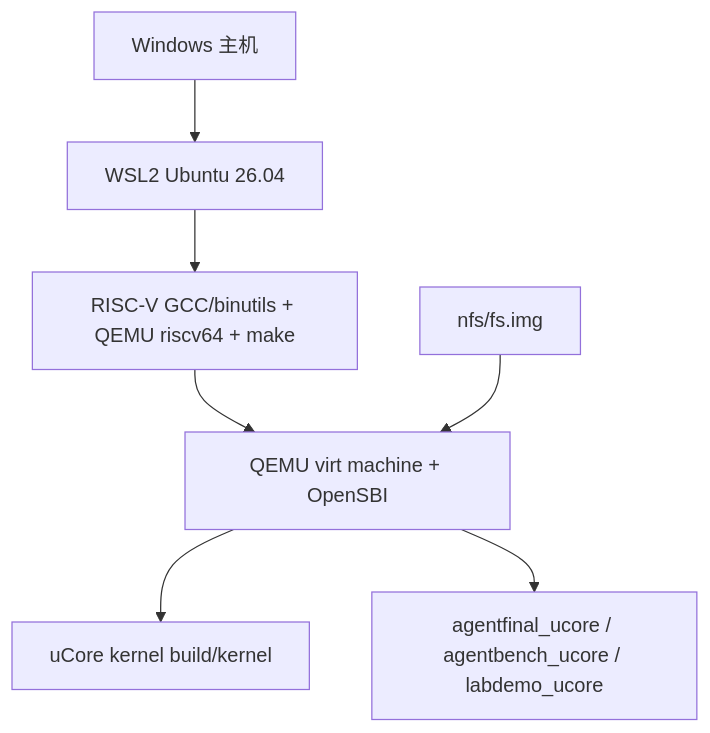
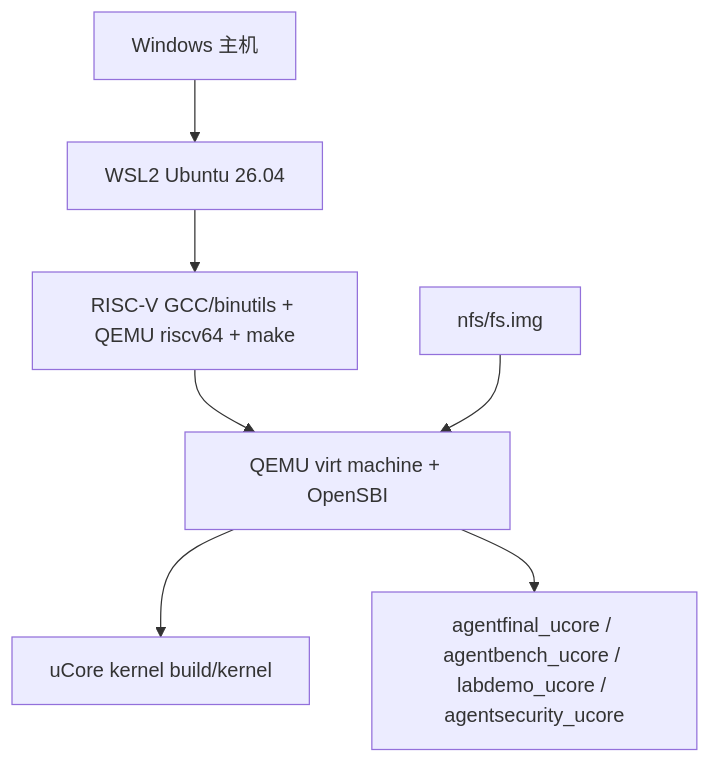
One commit to yushugulao/Agent-OS changed the seventh of 7 diagrams in docs/design.md. Above: the diagram before and after it, drawn with Mermaid. The commit also changed other lines of this file and 29 other files, not shown here.

````diff
--- a/docs/design.md
+++ b/docs/design.md
@@ -215,13 +218,13 @@
 ```mermaid
 flowchart TB
     Host["Windows 主机"]
     WSL["WSL2 Ubuntu 26.04"]
     Toolchain["RISC-V GCC/binutils + QEMU riscv64 + make"]
     QEMU["QEMU virt machine + OpenSBI"]
     Kernel["uCore kernel build/kernel"]
     FS["nfs/fs.img"]
-    Tests["agentfinal_ucore / agentbench_ucore / labdemo_ucore"]
+    Tests["agentfinal_ucore / agentbench_ucore / labdemo_ucore / agentsecurity_ucore"]
     Host --> WSL --> Toolchain --> QEMU --> Kernel
     FS --> QEMU
     QEMU --> Tests
 ```
````
